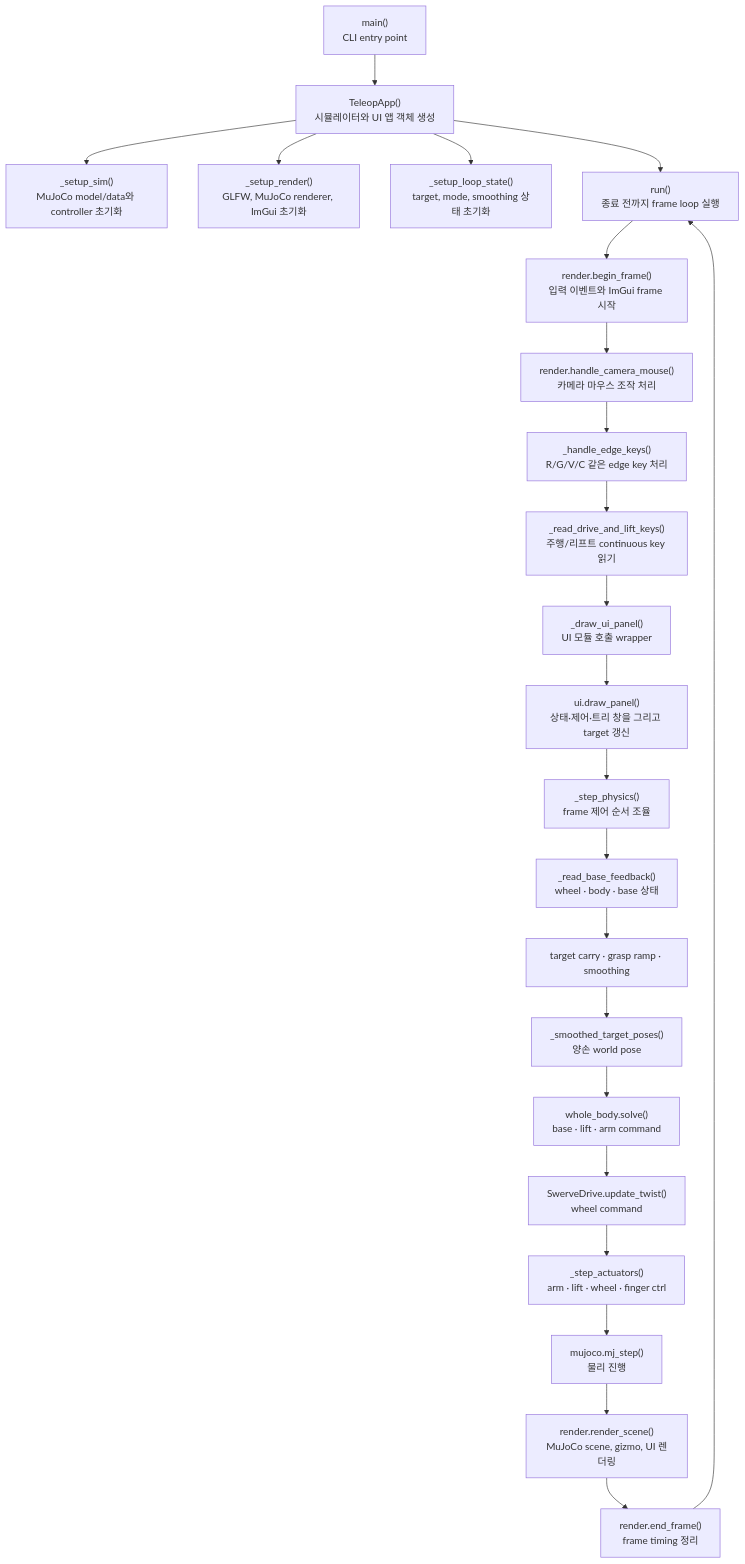
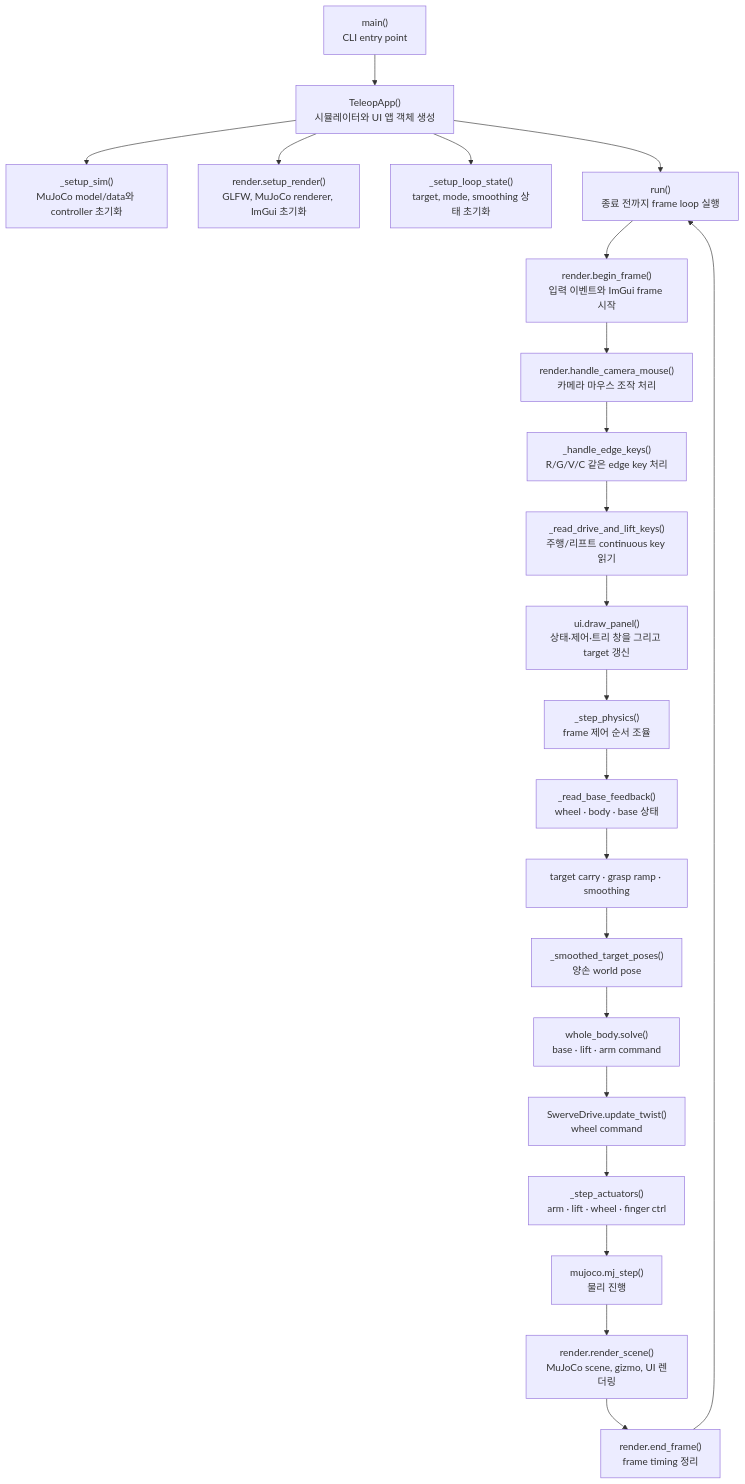
One commit to Geonhee-LEE/aiworker-mj-lab changed the diagram in docs/guide/teleop_app.md. Above: the diagram before and after it, drawn with Mermaid. The commit also changed other lines of this file and 25 other files, not shown here.

````diff
--- a/docs/guide/teleop_app.md
+++ b/docs/guide/teleop_app.md
@@ -86,25 +82,24 @@
 ```mermaid
 flowchart TD
     A["main()<br>CLI entry point"] --> B["TeleopApp()<br>시뮬레이터와 UI 앱 객체 생성"]
     B --> C["_setup_sim()<br>MuJoCo model/data와 controller 초기화"]
-    B --> D["_setup_render()<br>GLFW, MuJoCo renderer, ImGui 초기화"]
+    B --> D["render.setup_render()<br>GLFW, MuJoCo renderer, ImGui 초기화"]
     B --> E["_setup_loop_state()<br>target, mode, smoothing 상태 초기화"]
     B --> F["run()<br>종료 전까지 frame loop 실행"]
     F --> G["render.begin_frame()<br>입력 이벤트와 ImGui frame 시작"]
     G --> H["render.handle_camera_mouse()<br>카메라 마우스 조작 처리"]
     H --> I["_handle_edge_keys()<br>R/G/V/C 같은 edge key 처리"]
     I --> J["_read_drive_and_lift_keys()<br>주행/리프트 continuous key 읽기"]
-    J --> K["_draw_ui_panel()<br>UI 모듈 호출 wrapper"]
-    K --> L["ui.draw_panel()<br>상태·제어·트리 창을 그리고 target 갱신"]
+    J --> L["ui.draw_panel()<br>상태·제어·트리 창을 그리고 target 갱신"]
     L --> M["_step_physics()<br>frame 제어 순서 조율"]
     M --> N["_read_base_feedback()<br>wheel · body · base 상태"]
     N --> O["target carry · grasp ramp · smoothing"]
     O --> P["_smoothed_target_poses()<br>양손 world pose"]
     P --> Q["whole_body.solve()<br>base · lift · arm command"]
     Q --> R["SwerveDrive.update_twist()<br>wheel command"]
     R --> S["_step_actuators()<br>arm · lift · wheel · finger ctrl"]
     S --> V["mujoco.mj_step()<br>물리 진행"]
     V --> T["render.render_scene()<br>MuJoCo scene, gizmo, UI 렌더링"]
     T --> U["render.end_frame()<br>frame timing 정리"]
     U --> F
 ```
````
